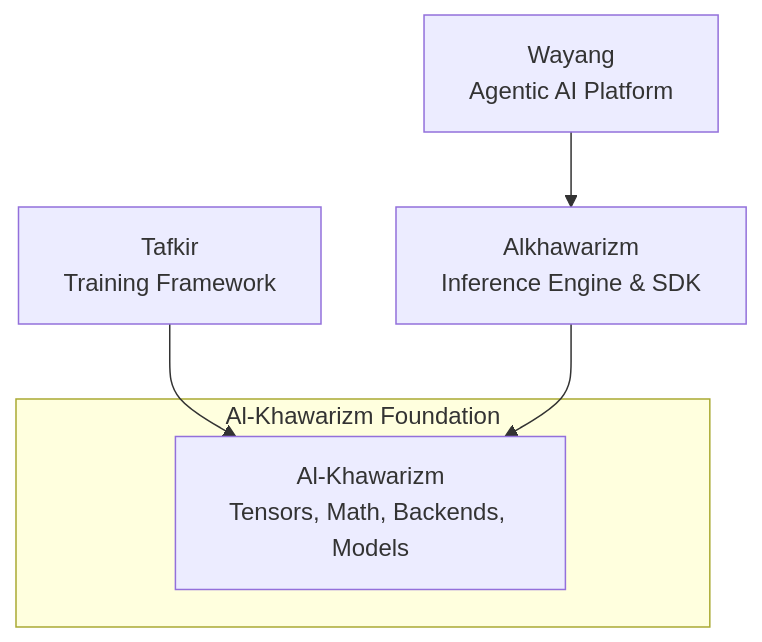
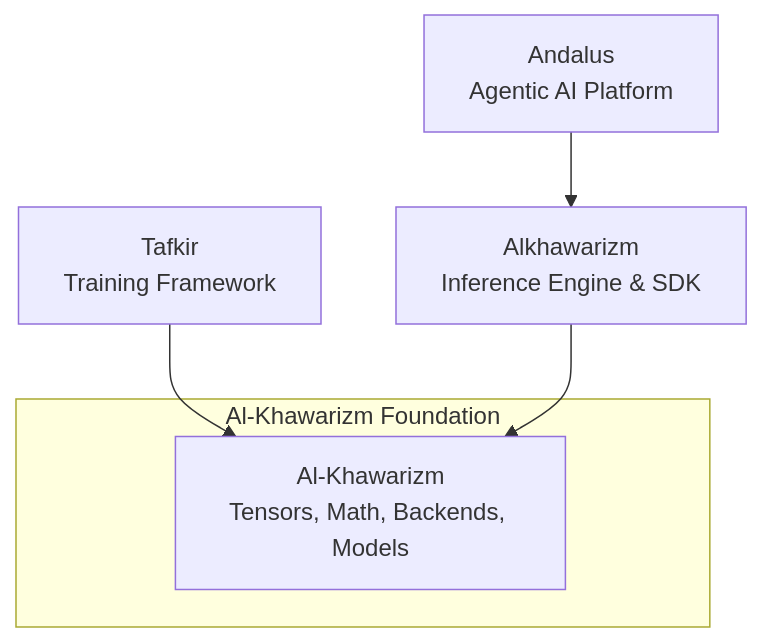
The first of 2 diagrams in README.md (bhangun/alkhawarizm), drawn with Mermaid before and after one commit. The commit also changed other lines of this file and 214 other files, not shown here.

````diff
--- a/README.md
+++ b/README.md
@@ -15,10 +15,10 @@
 ```mermaid
 graph TD
-    W[Wayang<br>Agentic AI Platform] --> G
+    W[Andalus<br>Agentic AI Platform] --> G
     T[Tafkir<br>Training Framework] --> A
     G[Alkhawarizm<br>Inference Engine & SDK] --> A
     
     subgraph Al-Khawarizm Foundation
     A[Al-Khawarizm<br>Tensors, Math, Backends, Models]
     end
 ```
````
